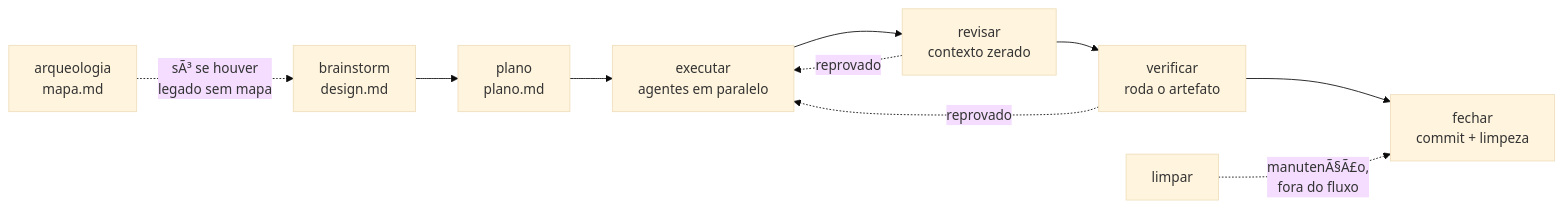
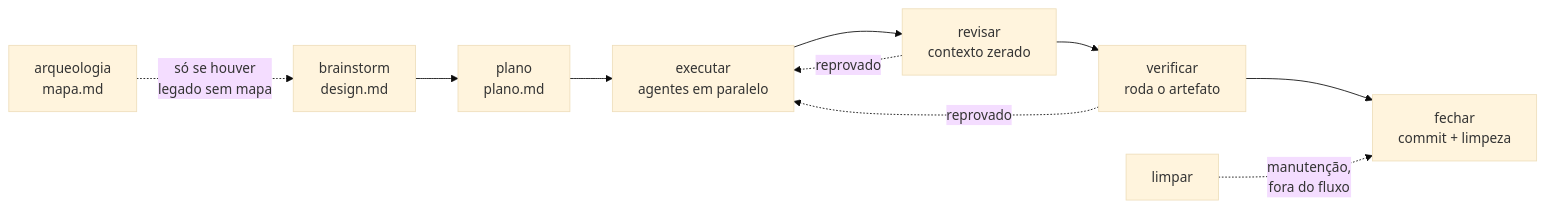
The first of 2 diagrams in README.md (luisfmontes/rainforest-mind), drawn with Mermaid (base theme) before and after one commit. The commit also changed other lines of this file, not shown here.

````diff
--- a/README.md
+++ b/README.md
@@ -89,12 +89,12 @@
 ```mermaid
 flowchart LR
-    A["arqueologia<br/>mapa.md"] -.->|"sÃ³ se houver<br/>legado sem mapa"| B
+    A["arqueologia<br/>mapa.md"] -.->|"só se houver<br/>legado sem mapa"| B
     B["brainstorm<br/>design.md"] --> P["plano<br/>plano.md"]
     P --> E["executar<br/>agentes em paralelo"]
     E --> R["revisar<br/>contexto zerado"]
     R --> V["verificar<br/>roda o artefato"]
     V --> F["fechar<br/>commit + limpeza"]
     R -.->|"reprovado"| E
     V -.->|"reprovado"| E
-    L["limpar"] -.->|"manutenÃ§Ã£o,<br/>fora do fluxo"| F
+    L["limpar"] -.->|"manutenção,<br/>fora do fluxo"| F
 ```
````
